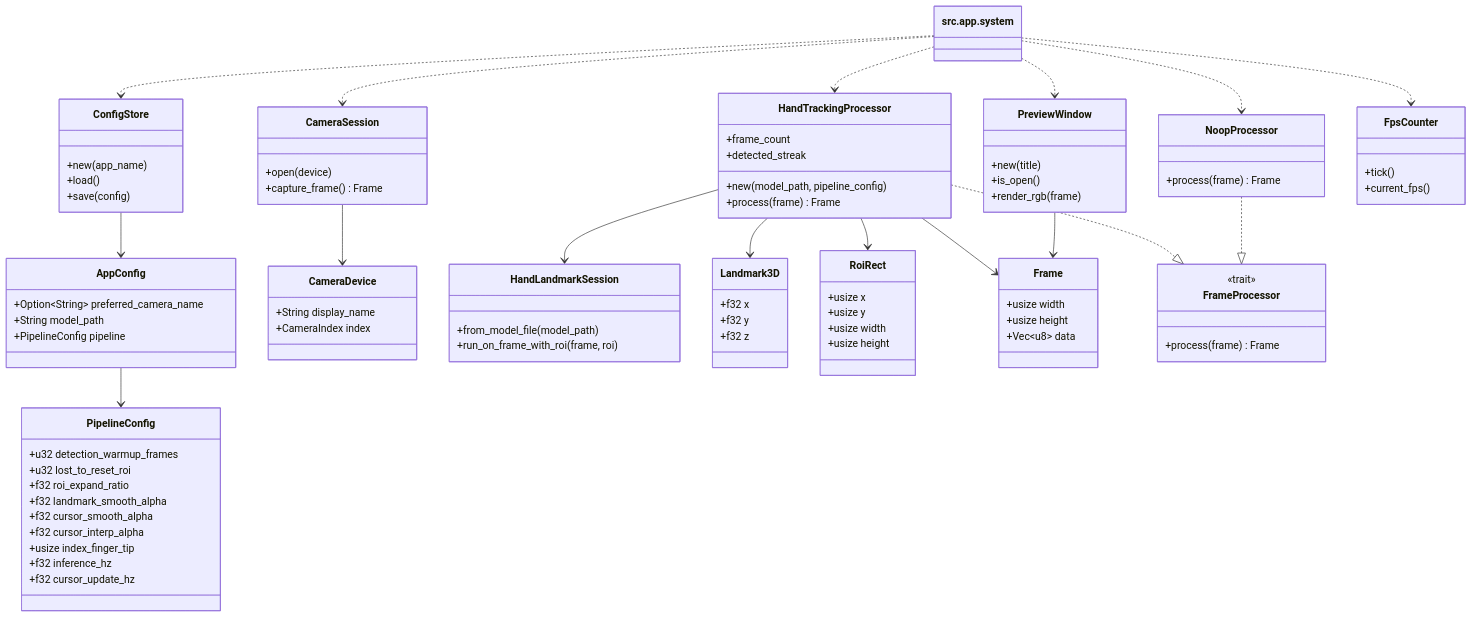
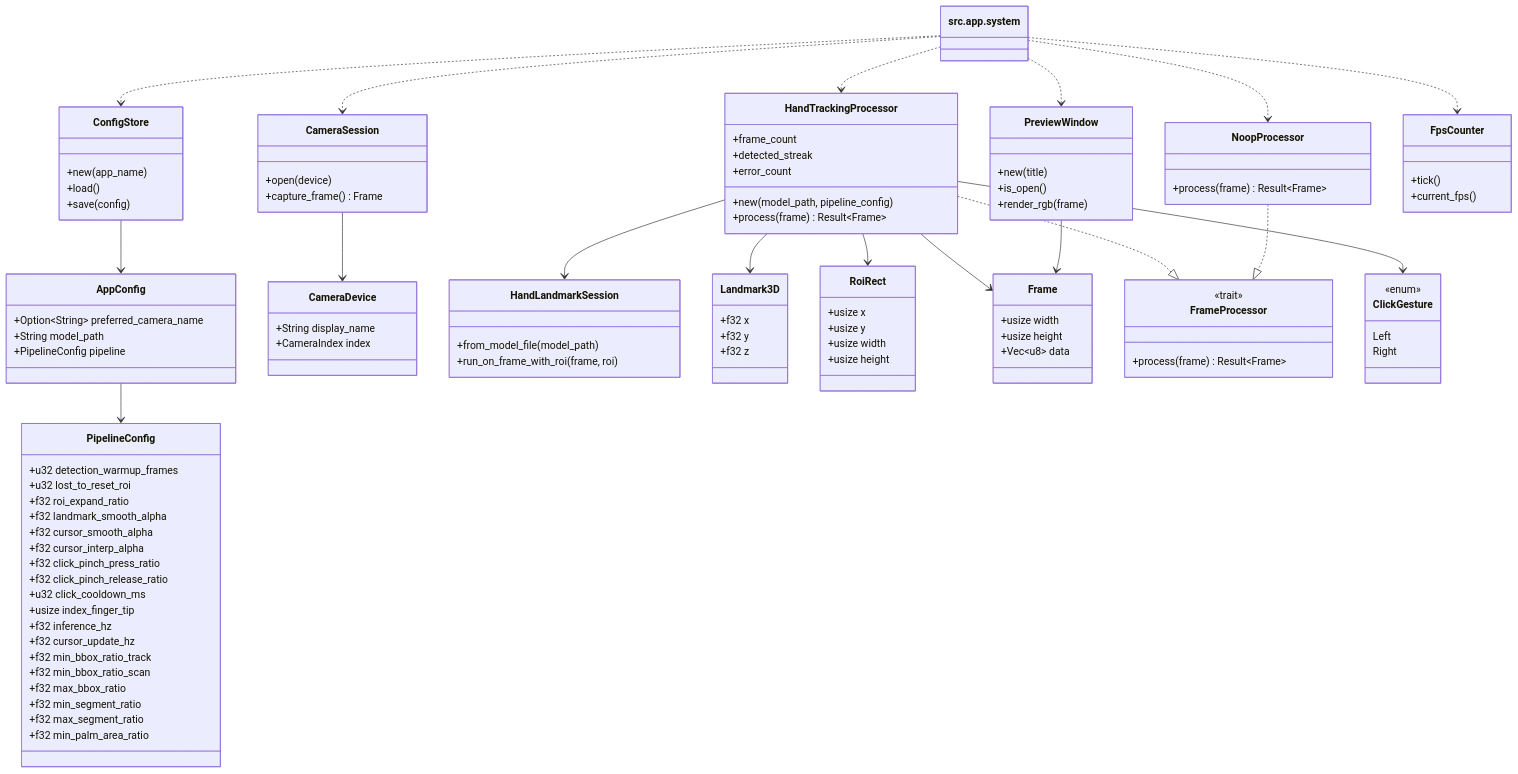
Before and after one commit to koretty/hand-tracking-mouse: the diagram in docs/class_diagram.md, drawn with Mermaid. The commit also changed 4 other files, not shown here.

```diff
--- a/docs/class_diagram.md
+++ b/docs/class_diagram.md
@@ -23,9 +23,18 @@
         +f32 landmark_smooth_alpha
         +f32 cursor_smooth_alpha
         +f32 cursor_interp_alpha
+        +f32 click_pinch_press_ratio
+        +f32 click_pinch_release_ratio
+        +u32 click_cooldown_ms
         +usize index_finger_tip
         +f32 inference_hz
         +f32 cursor_update_hz
+        +f32 min_bbox_ratio_track
+        +f32 min_bbox_ratio_scan
+        +f32 max_bbox_ratio
+        +f32 min_segment_ratio
+        +f32 max_segment_ratio
+        +f32 min_palm_area_ratio
     }
 
     class CameraDevice {
@@ -64,18 +73,25 @@
 
     class FrameProcessor {
         <<trait>>
-        +process(frame) Frame
+        +process(frame) Result~Frame~
     }
 
     class HandTrackingProcessor {
         +new(model_path, pipeline_config)
-        +process(frame) Frame
+        +process(frame) Result~Frame~
         +frame_count
         +detected_streak
+        +error_count
     }
 
     class NoopProcessor {
-        +process(frame) Frame
+        +process(frame) Result~Frame~
+    }
+
+    class ClickGesture {
+        <<enum>>
+        Left
+        Right
     }
 
     class PreviewWindow {
@@ -98,6 +114,7 @@
     HandTrackingProcessor --> Landmark3D
     HandTrackingProcessor --> RoiRect
     HandTrackingProcessor --> Frame
+    HandTrackingProcessor --> ClickGesture
     PreviewWindow --> Frame
     src.app.system ..> ConfigStore
     src.app.system ..> CameraSession
```
